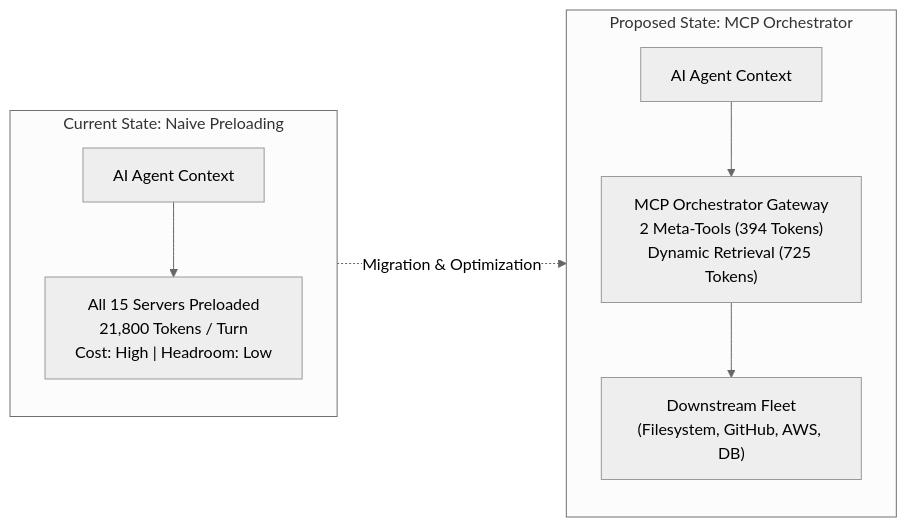
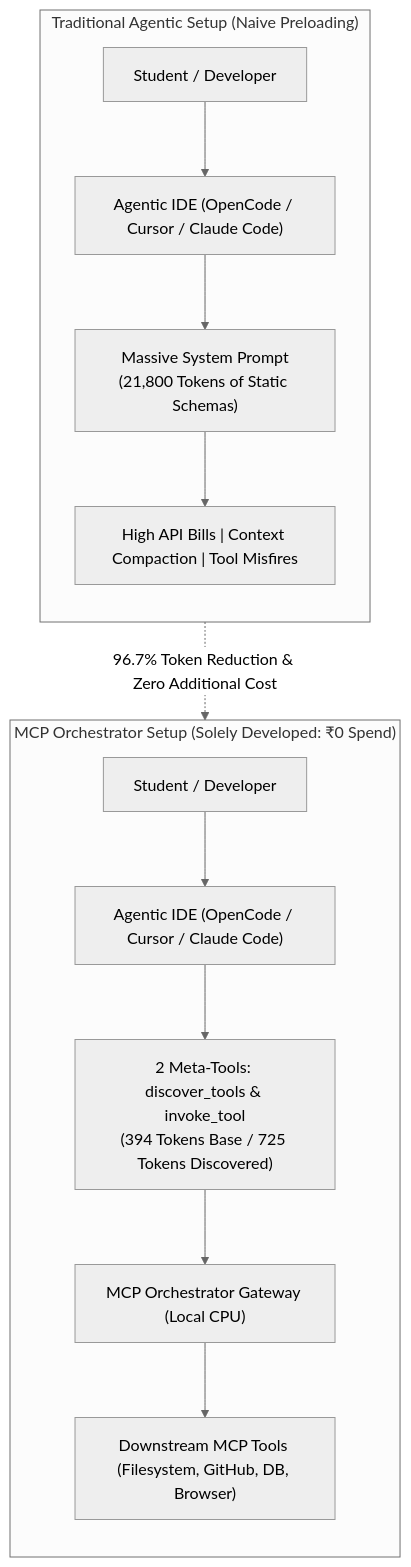
The first of 3 diagrams in ACTIVITY_2_FINANCIAL_EVALUATION_REPORT.md (PatilSharvil/MCP-Orchestrator), drawn with Mermaid (neutral theme) before and after one commit. The commit also changed other lines of this file and 2 other files, not shown here.

Commit message:
docs: ground Activity 2 financial evaluation and docs in ₹0 spend solo student reality

````diff
--- a/ACTIVITY_2_FINANCIAL_EVALUATION_REPORT.md
+++ b/ACTIVITY_2_FINANCIAL_EVALUATION_REPORT.md
@@ -37,20 +38,19 @@
 ```mermaid
-flowchart LR
-    subgraph Problem["Current State: Naive Preloading"]
+flowchart TD
+    subgraph Problem["Traditional Agentic Setup (Naive Preloading)"]
         direction TB
-        Agent1["AI Agent Context"]
-        S1["All 15 Servers Preloaded\n21,800 Tokens / Turn\nCost: High | Headroom: Low"]
-        Agent1 --> S1
+        Dev1["Student / Developer"] --> IDE1["Agentic IDE (OpenCode / Cursor / Claude Code)"]
+        IDE1 --> Prompt1["Massive System Prompt\n(21,800 Tokens of Static Schemas)"]
+        Prompt1 --> API1["High API Bills | Context Compaction | Tool Misfires"]
     end
 
-    subgraph Solution["Proposed State: MCP Orchestrator"]
+    subgraph Solution["MCP Orchestrator Setup (Solely Developed: ₹0 Spend)"]
         direction TB
-        Agent2["AI Agent Context"]
-        Gateway["MCP Orchestrator Gateway\n2 Meta-Tools (394 Tokens)\nDynamic Retrieval (725 Tokens)"]
-        Downstream["Downstream Fleet\n(Filesystem, GitHub, AWS, DB)"]
-        Agent2 --> Gateway
-        Gateway --> Downstream
+        Dev2["Student / Developer"] --> IDE2["Agentic IDE (OpenCode / Cursor / Claude Code)"]
+        IDE2 --> Meta["2 Meta-Tools: discover_tools & invoke_tool\n(394 Tokens Base / 725 Tokens Discovered)"]
+        Meta --> Orchestrator["MCP Orchestrator Gateway (Local CPU)"]
+        Orchestrator --> Fleet["Downstream MCP Tools (Filesystem, GitHub, DB, Browser)"]
     end
 
-    Problem -.->|"Migration & Optimization"| Solution
+    Problem -.->|"96.7% Token Reduction & Zero Additional Cost"| Solution
 ```
````
